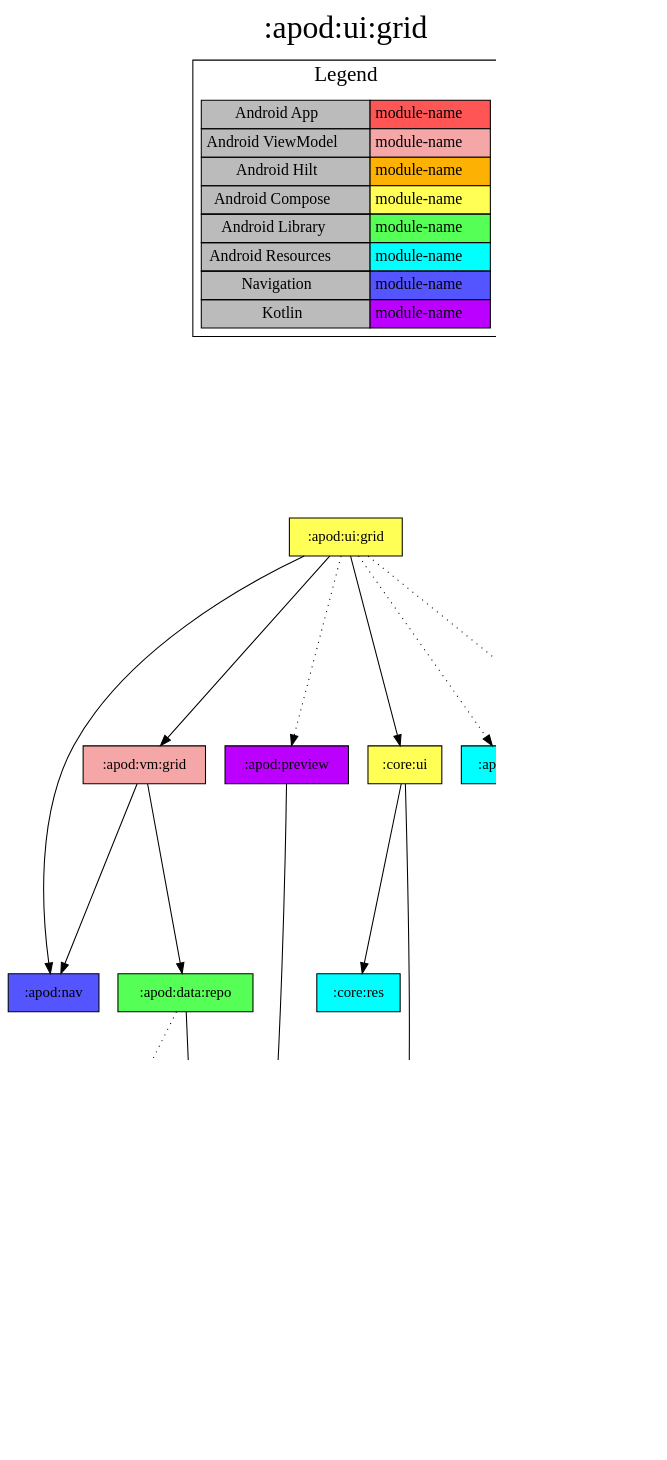
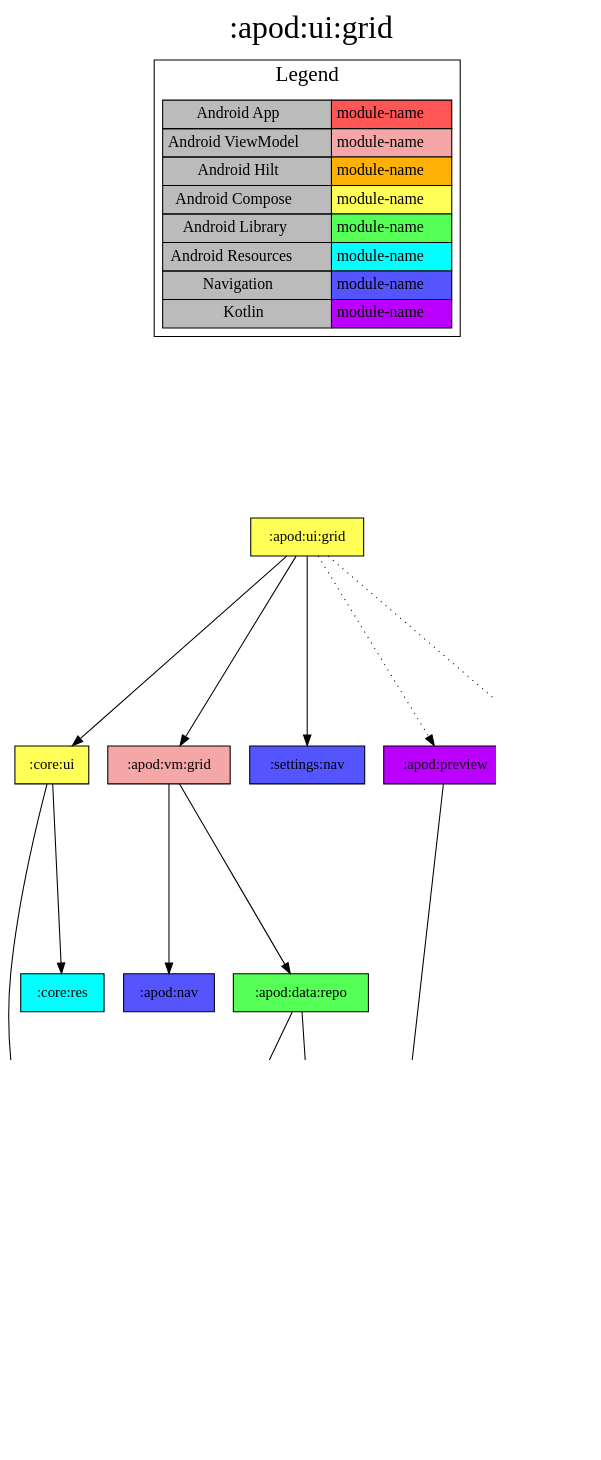
One commit to jonapoul/nasa-android changed the diagram in modules/apod/ui/grid/project-dependency-graph.dot. Above: the diagram before and after it, drawn with Graphviz. The commit also changed 70 other files, not shown here.

```diff
--- a/modules/apod/ui/grid/project-dependency-graph.dot
+++ b/modules/apod/ui/grid/project-dependency-graph.dot
@@ -1,53 +1,52 @@
 digraph {
 edge ["dir"="forward"]
 graph ["dpi"="100","label"=":apod:ui:grid","labelloc"="t","fontsize"="30","ranksep"="2.5","rankdir"="TB"]
 node ["style"="filled"]
 ":apod:ui:grid" ["fillcolor"="#FFFF55","shape"="box"]
-":apod:nav" ["fillcolor"="#5555FF","shape"="box"]
 ":apod:vm:grid" ["fillcolor"="#F5A6A6","shape"="box"]
 ":apod:data:repo" ["fillcolor"="#55FF55","shape"="box"]
 ":apod:data:api" ["fillcolor"="#BB00FF","shape"="box"]
 ":apod:model" ["fillcolor"="#BB00FF","shape"="box"]
 ":core:model" ["fillcolor"="#BB00FF","shape"="box"]
 ":db:apod" ["fillcolor"="#BB00FF","shape"="box"]
+":apod:nav" ["fillcolor"="#5555FF","shape"="box"]
 ":core:ui" ["fillcolor"="#FFFF55","shape"="box"]
 ":core:res" ["fillcolor"="#00FFFF","shape"="box"]
+":settings:nav" ["fillcolor"="#5555FF","shape"="box"]
 ":apod:preview" ["fillcolor"="#BB00FF","shape"="box"]
 ":apod:res" ["fillcolor"="#00FFFF","shape"="box"]
-":settings:nav" ["fillcolor"="#5555FF","shape"="box"]
 {
 edge ["dir"="none"]
 graph ["rank"="same"]
 }
-":apod:ui:grid" -> ":apod:nav"
 ":apod:ui:grid" -> ":apod:vm:grid"
 ":apod:ui:grid" -> ":core:ui"
+":apod:ui:grid" -> ":settings:nav"
 ":apod:ui:grid" -> ":apod:preview" ["style"="dotted"]
 ":apod:ui:grid" -> ":apod:res" ["style"="dotted"]
-":apod:ui:grid" -> ":settings:nav" ["style"="dotted"]
 ":apod:vm:grid" -> ":apod:data:repo"
 ":apod:vm:grid" -> ":apod:nav"
 ":apod:data:repo" -> ":apod:data:api"
-":apod:data:repo" -> ":db:apod" ["style"="dotted"]
+":apod:data:repo" -> ":db:apod"
 ":apod:data:api" -> ":apod:model"
 ":apod:data:api" -> ":core:model"
 ":core:ui" -> ":core:model"
 ":core:ui" -> ":core:res"
 ":apod:preview" -> ":apod:model"
 subgraph "cluster_legend" {
 edge ["dir"="none"]
 graph ["label"="Legend","fontsize"="20"]
 "Legend" ["style"="filled","fillcolor"="#bbbbbb","shape"="none","margin"="0","fontsize"="15","label"=<
 <TABLE BORDER="0" CELLBORDER="1" CELLSPACING="0" CELLPADDING="4">
 <TR><TD>Android App</TD><TD BGCOLOR="#FF5555">module-name</TD></TR>
 <TR><TD>Android ViewModel</TD><TD BGCOLOR="#F5A6A6">module-name</TD></TR>
 <TR><TD>Android Hilt</TD><TD BGCOLOR="#FCB103">module-name</TD></TR>
 <TR><TD>Android Compose</TD><TD BGCOLOR="#FFFF55">module-name</TD></TR>
 <TR><TD>Android Library</TD><TD BGCOLOR="#55FF55">module-name</TD></TR>
 <TR><TD>Android Resources</TD><TD BGCOLOR="#00FFFF">module-name</TD></TR>
 <TR><TD>Navigation</TD><TD BGCOLOR="#5555FF">module-name</TD></TR>
 <TR><TD>Kotlin</TD><TD BGCOLOR="#BB00FF">module-name</TD></TR>
 </TABLE>
 >]
 } -> ":apod:ui:grid" ["style"="invis"]
 }
```
